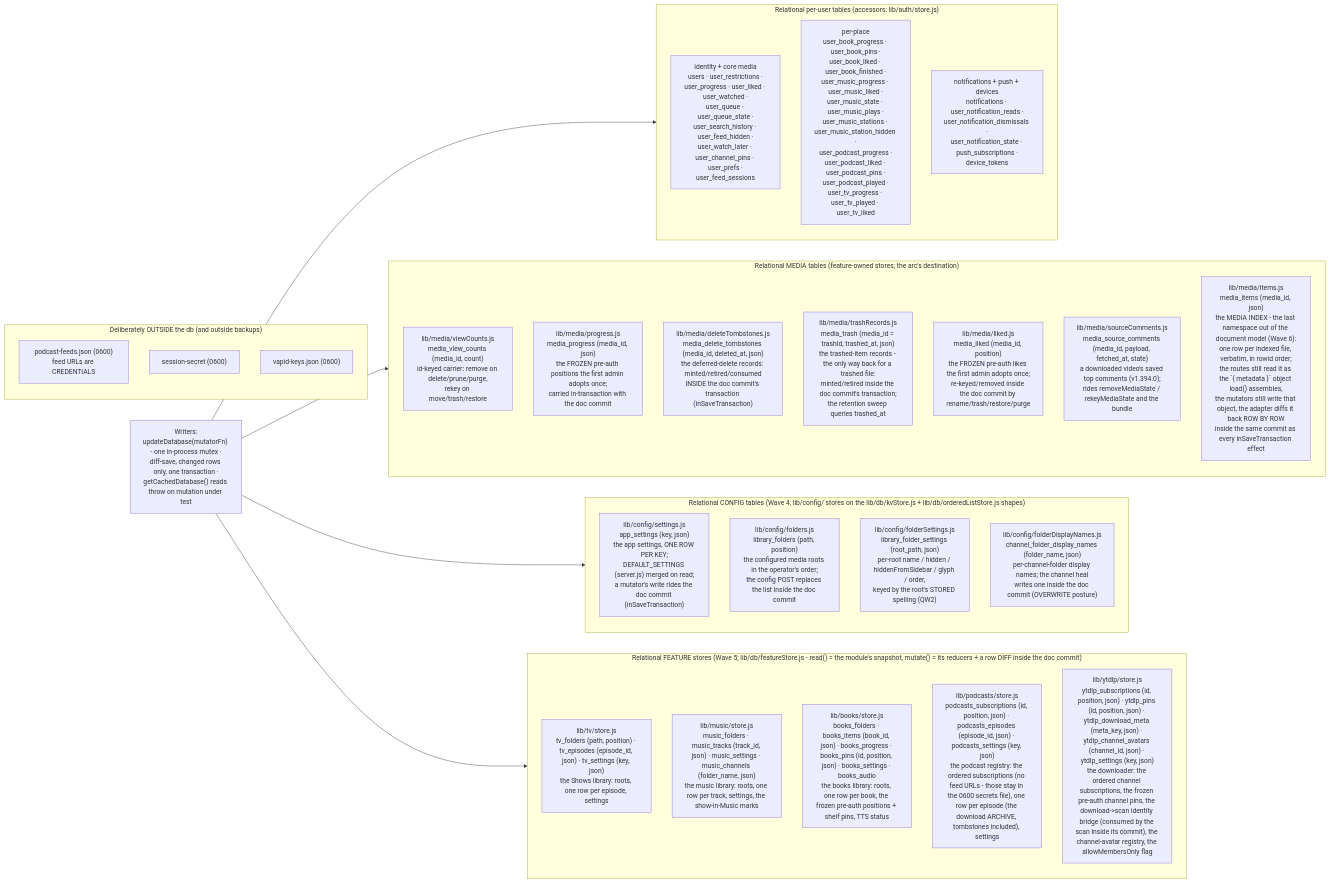
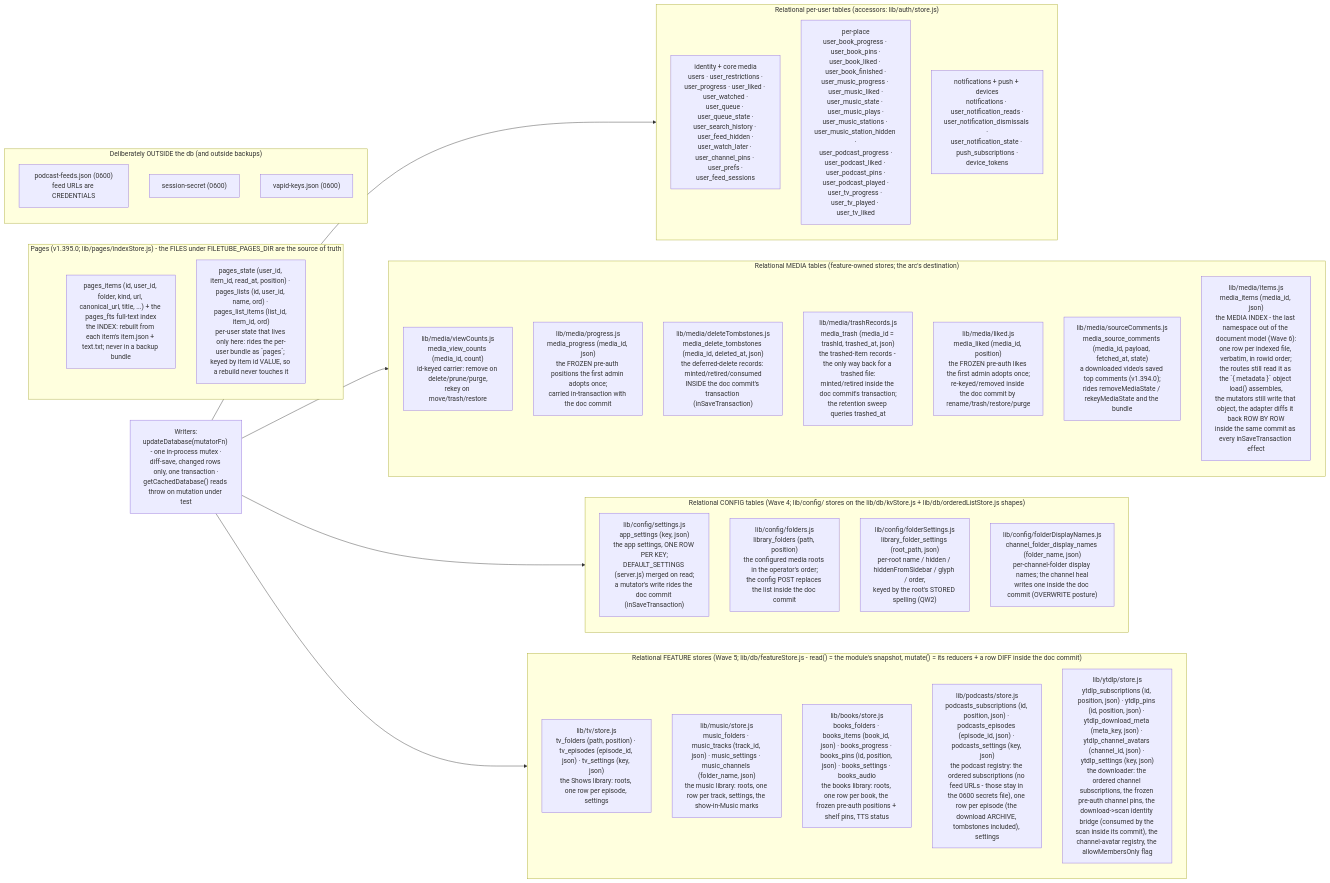
The second of 6 diagrams in docs/DIAGRAMS.md (dtammam/filetube), drawn with Mermaid before and after one commit. The commit also changed other lines of this file and 8 other files, not shown here.

First line of the commit message:
Pages R1 step 1: the on-disk store, the index (schema v39) and the trash

````diff
--- a/docs/DIAGRAMS.md
+++ b/docs/DIAGRAMS.md
@@ -107,46 +108,51 @@
 ```mermaid
 flowchart LR
     subgraph REL["Relational per-user tables (accessors: lib/auth/store.js)"]
         CORE["identity + core media<br/>users · user_restrictions ·<br/>user_progress · user_liked · user_watched ·<br/>user_queue · user_queue_state ·<br/>user_search_history · user_feed_hidden ·<br/>user_watch_later · user_channel_pins · user_prefs ·<br/>user_feed_sessions"]
         PLACEST["per-place<br/>user_book_progress · user_book_pins ·<br/>user_book_liked · user_book_finished ·<br/>user_music_progress · user_music_liked ·<br/>user_music_state · user_music_plays ·<br/>user_music_stations · user_music_station_hidden ·<br/>user_podcast_progress ·<br/>user_podcast_liked · user_podcast_pins ·<br/>user_podcast_played ·<br/>user_tv_progress · user_tv_played · user_tv_liked"]
         NOTIF["notifications + push + devices<br/>notifications · user_notification_reads ·<br/>user_notification_dismissals ·<br/>user_notification_state · push_subscriptions ·<br/>device_tokens"]
     end
 
     subgraph MEDIA["Relational MEDIA tables (feature-owned stores; the arc's destination)"]
         VC["lib/media/viewCounts.js<br/>media_view_counts (media_id, count)<br/>id-keyed carrier: remove on delete/prune/purge,<br/>rekey on move/trash/restore"]
         PR["lib/media/progress.js<br/>media_progress (media_id, json)<br/>the FROZEN pre-auth positions the first admin adopts once;<br/>carried in-transaction with the doc commit"]
         DT["lib/media/deleteTombstones.js<br/>media_delete_tombstones (media_id, deleted_at, json)<br/>the deferred-delete records: minted/retired/consumed<br/>INSIDE the doc commit's transaction (inSaveTransaction)"]
         TR["lib/media/trashRecords.js<br/>media_trash (media_id = trashId, trashed_at, json)<br/>the trashed-item records - the only way back for a trashed file:<br/>minted/retired inside the doc commit's transaction;<br/>the retention sweep queries trashed_at"]
         LK["lib/media/liked.js<br/>media_liked (media_id, position)<br/>the FROZEN pre-auth likes the first admin adopts once;<br/>re-keyed/removed inside the doc commit by rename/trash/restore/purge"]
         SC["lib/media/sourceComments.js<br/>media_source_comments (media_id, payload, fetched_at, state)<br/>a downloaded video's saved top comments (v1.394.0);<br/>rides removeMediaState / rekeyMediaState and the bundle"]
         MI["lib/media/items.js<br/>media_items (media_id, json)<br/>the MEDIA INDEX - the last namespace out of the document model (Wave 6):<br/>one row per indexed file, verbatim, in rowid order;<br/>the routes still read it as the `{ metadata }` object load() assembles,<br/>the mutators still write that object, the adapter diffs it back ROW BY ROW<br/>inside the same commit as every inSaveTransaction effect"]
     end
 
     subgraph CONFIG["Relational CONFIG tables (Wave 4; lib/config/ stores on the lib/db/kvStore.js + lib/db/orderedListStore.js shapes)"]
         ST["lib/config/settings.js<br/>app_settings (key, json)<br/>the app settings, ONE ROW PER KEY;<br/>DEFAULT_SETTINGS (server.js) merged on read;<br/>a mutator's write rides the doc commit (inSaveTransaction)"]
         FO["lib/config/folders.js<br/>library_folders (path, position)<br/>the configured media roots in the operator's order;<br/>the config POST replaces the list inside the doc commit"]
         FS["lib/config/folderSettings.js<br/>library_folder_settings (root_path, json)<br/>per-root name / hidden / hiddenFromSidebar / glyph / order,<br/>keyed by the root's STORED spelling (QW2)"]
         FD["lib/config/folderDisplayNames.js<br/>channel_folder_display_names (folder_name, json)<br/>per-channel-folder display names; the channel heal<br/>writes one inside the doc commit (OVERWRITE posture)"]
     end
 
     subgraph FEATURES["Relational FEATURE stores (Wave 5; lib/db/featureStore.js - read() = the module's snapshot, mutate() = its reducers + a row DIFF inside the doc commit)"]
         TV["lib/tv/store.js<br/>tv_folders (path, position) · tv_episodes (episode_id, json) · tv_settings (key, json)<br/>the Shows library: roots, one row per episode, settings"]
         MU["lib/music/store.js<br/>music_folders · music_tracks (track_id, json) · music_settings · music_channels (folder_name, json)<br/>the music library: roots, one row per track, settings, the show-in-Music marks"]
         BK["lib/books/store.js<br/>books_folders · books_items (book_id, json) · books_progress · books_pins (id, position, json) · books_settings · books_audio<br/>the books library: roots, one row per book, the frozen pre-auth positions + shelf pins, TTS status"]
         PC["lib/podcasts/store.js<br/>podcasts_subscriptions (id, position, json) · podcasts_episodes (episode_id, json) · podcasts_settings (key, json)<br/>the podcast registry: the ordered subscriptions (no feed URLs - those stay in the 0600 secrets file), one row per episode (the download ARCHIVE, tombstones included), settings"]
         YT["lib/ytdlp/store.js<br/>ytdlp_subscriptions (id, position, json) · ytdlp_pins (id, position, json) · ytdlp_download_meta (meta_key, json) · ytdlp_channel_avatars (channel_id, json) · ytdlp_settings (key, json)<br/>the downloader: the ordered channel subscriptions, the frozen pre-auth channel pins, the download->scan identity bridge (consumed by the scan inside its commit), the channel-avatar registry, the allowMembersOnly flag"]
     end
 
+    subgraph PAGESDB["Pages (v1.395.0; lib/pages/indexStore.js) - the FILES under FILETUBE_PAGES_DIR are the source of truth"]
+        PGI["pages_items (id, user_id, folder, kind, url, canonical_url, title, ...) + the pages_fts full-text index<br/>the INDEX: rebuilt from each item's item.json + text.txt; never in a backup bundle"]
+        PGS["pages_state (user_id, item_id, read_at, position) · pages_lists (id, user_id, name, ord) · pages_list_items (list_id, item_id, ord)<br/>per-user state that lives only here: rides the per-user bundle as `pages`; keyed by item id VALUE, so a rebuild never touches it"]
+    end
+
     subgraph OUT["Deliberately OUTSIDE the db (and outside backups)"]
         FEEDS["podcast-feeds.json (0600)<br/>feed URLs are CREDENTIALS"]
         SS["session-secret (0600)"]
         VAPID["vapid-keys.json (0600)"]
     end
 
     WRITERS["Writers:<br/>updateDatabase(mutatorFn) - one in-process mutex ·<br/>diff-save, changed rows only, one transaction ·<br/>getCachedDatabase() reads throw on mutation under test"]
 
     WRITERS --> REL
     WRITERS --> MEDIA
     WRITERS --> CONFIG
     WRITERS --> FEATURES
 ```
````
